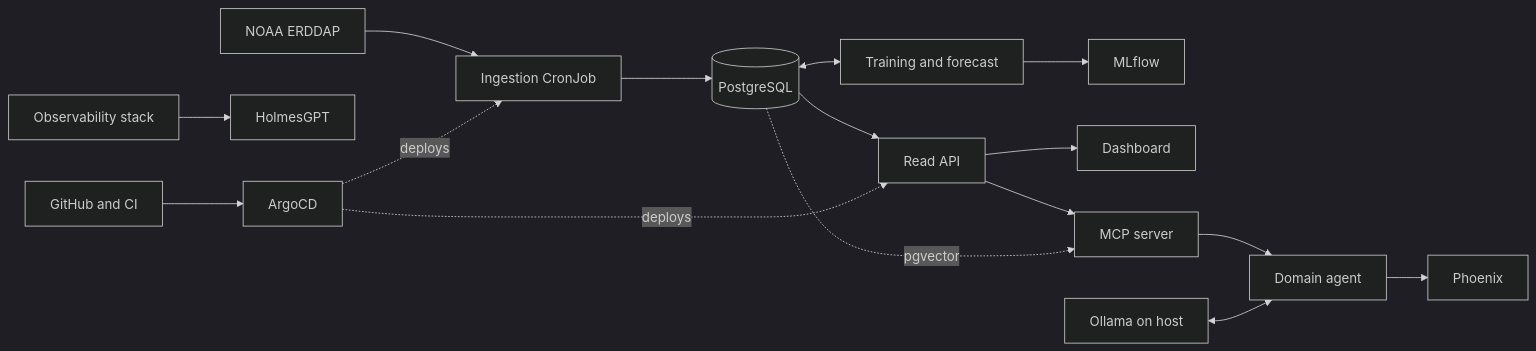
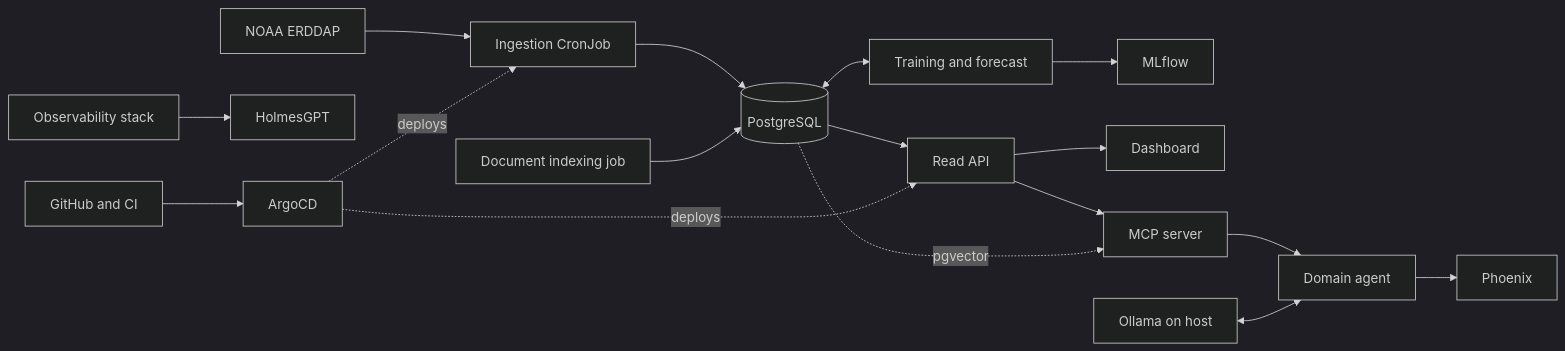
The diagram in docs/03-architecture.md (SebasIbarra19/Atalaya-Coral), drawn with Mermaid (dark theme) before and after one commit. The commit also changed other lines of this file and 13 other files, not shown here.

````diff
--- a/docs/03-architecture.md
+++ b/docs/03-architecture.md
@@ -19,18 +19,19 @@
 ```mermaid
 flowchart LR
   NOAA[NOAA ERDDAP] --> ING[Ingestion CronJob]
   ING --> DB[(PostgreSQL)]
   DB <--> TRAIN[Training and forecast]
   TRAIN --> MLF[MLflow]
   DB --> API[Read API]
   API --> DASH[Dashboard]
   API --> MCP[MCP server]
   DB -. pgvector .-> MCP
+  IDX[Document indexing job] --> DB
   MCP --> AGENT[Domain agent]
   LLM[Ollama on host] <--> AGENT
   AGENT --> PHX[Phoenix]
   OBS[Observability stack] --> HOLMES[HolmesGPT]
   GH[GitHub and CI] --> ARGO[ArgoCD]
   ARGO -. deploys .-> ING
   ARGO -. deploys .-> API
 ```
````
